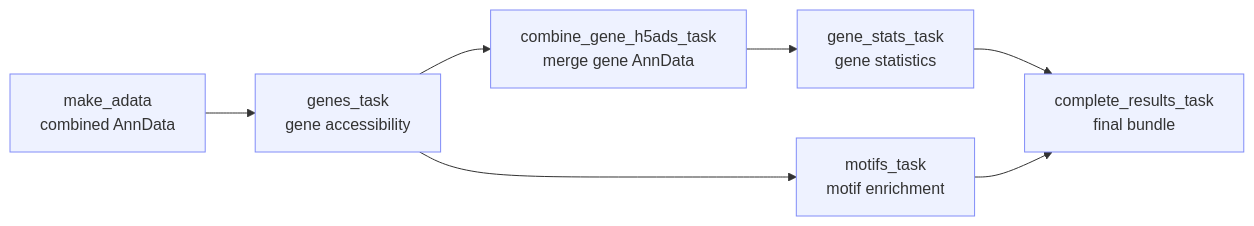
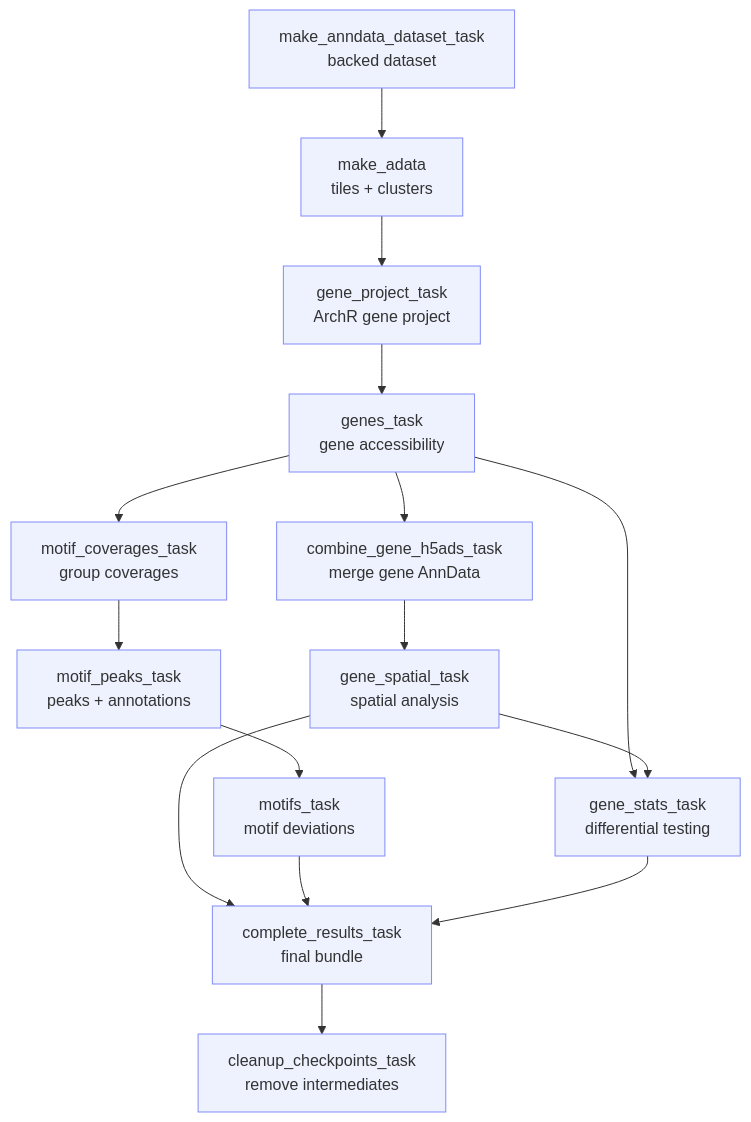
The diagram in docs/epigenomics/atx-snap.md (atlasxomics/atx-docs), drawn with Mermaid before and after one commit. The commit also changed other lines of this file and 9 other files, not shown here.

````diff
--- a/docs/epigenomics/atx-snap.md
+++ b/docs/epigenomics/atx-snap.md
@@ -8,18 +8,24 @@
 ```mermaid
-flowchart LR
-    ADATA["make_adata<br/>combined AnnData"]:::process
+flowchart TB
+    DATASET["make_anndata_dataset_task<br/>backed dataset"]:::process
+    ADATA["make_adata<br/>tiles + clusters"]:::process
+    GPROJ["gene_project_task<br/>ArchR gene project"]:::process
     GENES["genes_task<br/>gene accessibility"]:::process
     COMBINE["combine_gene_h5ads_task<br/>merge gene AnnData"]:::process
-    MOTIFS["motifs_task<br/>motif enrichment"]:::process
-    STATS["gene_stats_task<br/>gene statistics"]:::process
+    GSPATIAL["gene_spatial_task<br/>spatial analysis"]:::process
+    MCOV["motif_coverages_task<br/>group coverages"]:::process
+    MPEAKS["motif_peaks_task<br/>peaks + annotations"]:::process
+    MOTIFS["motifs_task<br/>motif deviations"]:::process
+    STATS["gene_stats_task<br/>differential testing"]:::process
     DONE["complete_results_task<br/>final bundle"]:::process
+    CLEAN["cleanup_checkpoints_task<br/>remove intermediates"]:::process
 
-    ADATA --> GENES
-    GENES --> COMBINE
-    GENES --> MOTIFS
-    COMBINE --> STATS
-    STATS --> DONE
-    MOTIFS --> DONE
+    DATASET --> ADATA --> GPROJ --> GENES
+    GENES --> COMBINE --> GSPATIAL
+    GENES --> MCOV --> MPEAKS --> MOTIFS
+    GENES --> STATS
+    GSPATIAL --> STATS
+    GSPATIAL & MOTIFS & STATS --> DONE --> CLEAN
 
     classDef process stroke:#818cf8,fill:#eef2ff
 ```
````
